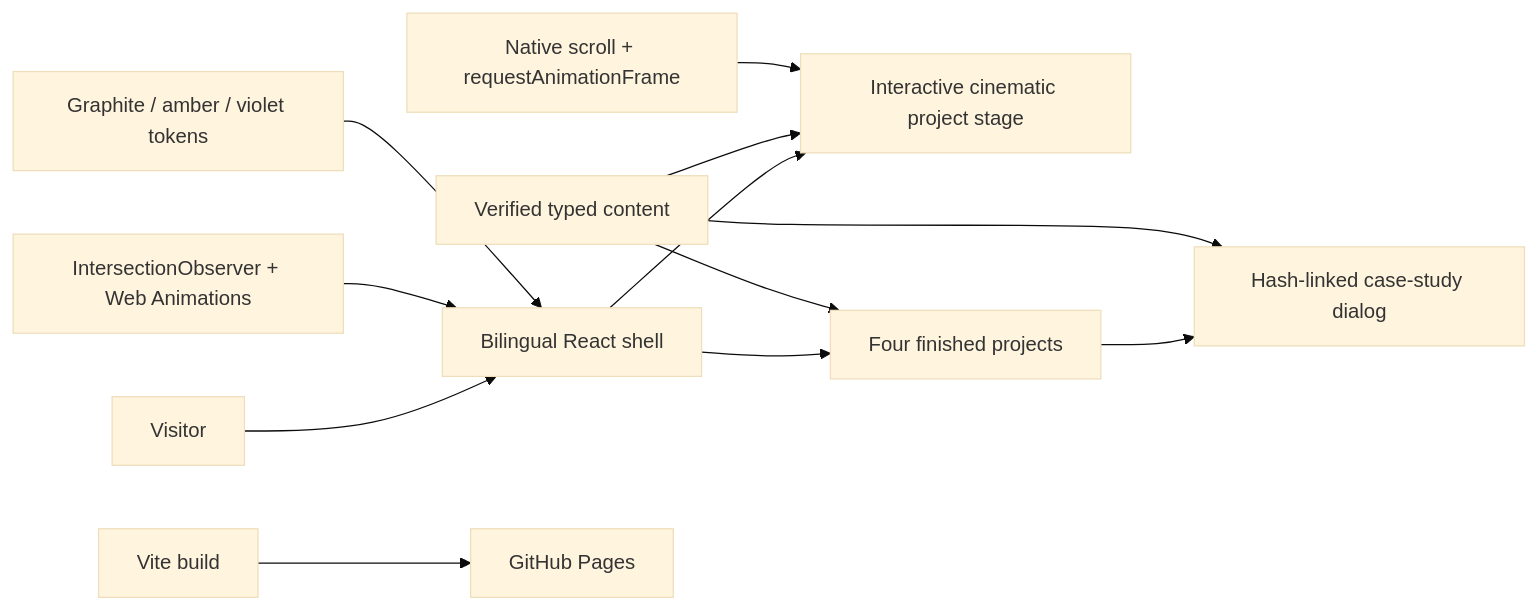
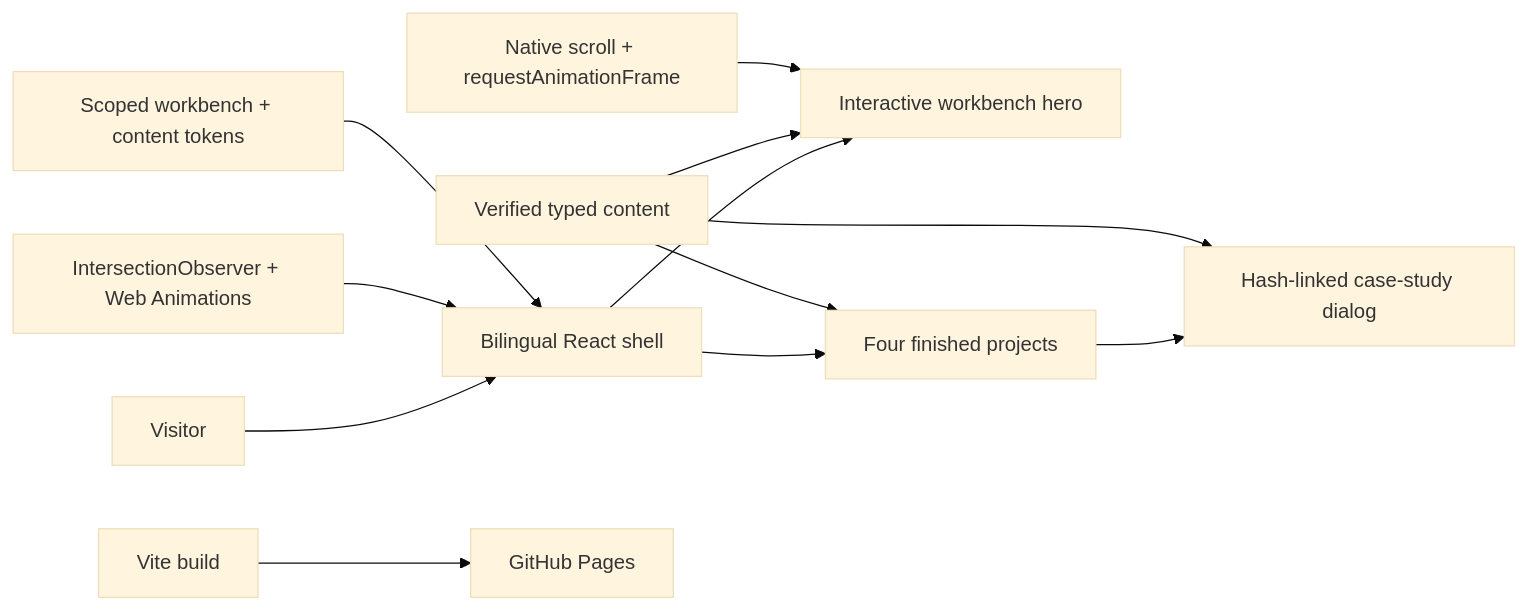
Before and after one commit to kevin0018/portfolio: the diagram in README.md, drawn with Mermaid (base theme). The commit also changed other lines of this file and 14 other files, not shown here.

Commit message:
feat: rebuild hero around selected workbench concept

````diff
--- a/README.md
+++ b/README.md
@@ -36,14 +36,14 @@
 ```mermaid
 flowchart LR
   visitor["Visitor"] --> app["Bilingual React shell"]
-  app --> hero["Interactive cinematic project stage"]
+  app --> hero["Interactive workbench hero"]
   app --> work["Four finished projects"]
   work --> cases["Hash-linked case-study dialog"]
   content["Verified typed content"] --> hero
   content --> work
   content --> cases
   scroll["Native scroll + requestAnimationFrame"] --> hero
   observer["IntersectionObserver + Web Animations"] --> app
-  tokens["Graphite / amber / violet tokens"] --> app
+  tokens["Scoped workbench + content tokens"] --> app
   vite["Vite build"] --> pages["GitHub Pages"]
 ```
````
